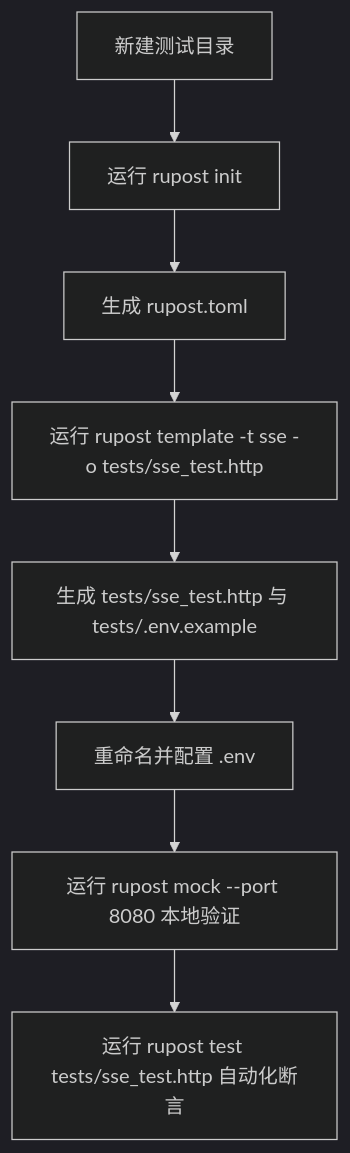
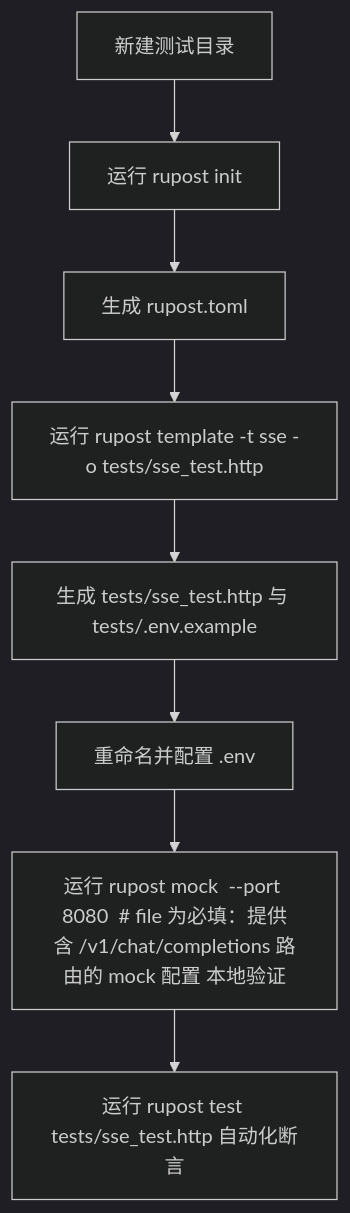
Before and after one commit to zseyen/rupost: the diagram in doc/guides/sse_testing.md, drawn with Mermaid (dark theme). The commit also changed other lines of this file and 23 other files, not shown here.

````diff
--- a/doc/guides/sse_testing.md
+++ b/doc/guides/sse_testing.md
@@ -120,10 +120,10 @@
 ```mermaid
 graph TD
     A[新建测试目录] --> B[运行 rupost init]
     B --> C[生成 rupost.toml]
     C --> D[运行 rupost template -t sse -o tests/sse_test.http]
     D --> E[生成 tests/sse_test.http 与 tests/.env.example]
     E --> F[重命名并配置 .env]
-    F --> G[运行 rupost mock --port 8080 本地验证]
+    F --> G[运行 rupost mock <mock_config.json> --port 8080  # file 为必填：提供含 /v1/chat/completions 路由的 mock 配置 本地验证]
     G --> H[运行 rupost test tests/sse_test.http 自动化断言]
 ```
````
